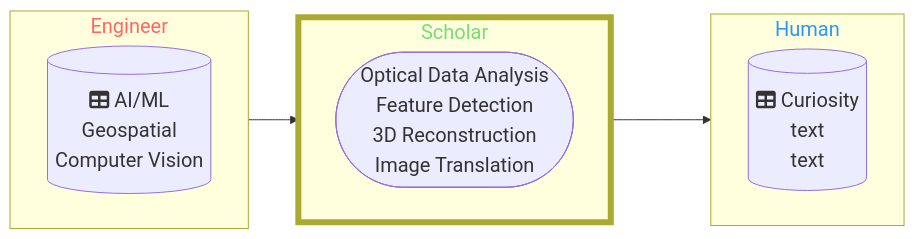
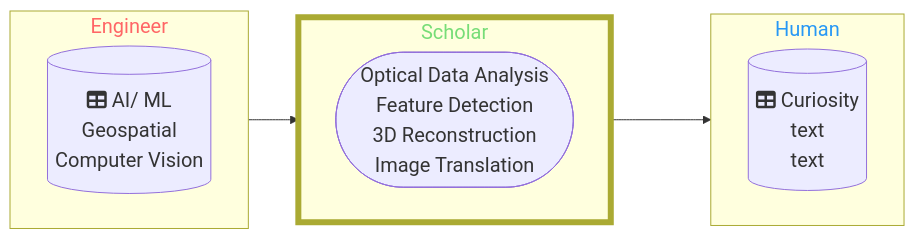
The first of 2 diagrams in README.md (DippoldEJ/DippoldEJ), drawn with Mermaid before and after one commit.

````diff
--- a/README.md
+++ b/README.md
@@ -3,33 +3,33 @@
 ```mermaid
 flowchart LR;
 %%{init: {
 	'themeVariables': { 'fontSize': '20px', 'fontFamily': 'Didot'}
 	}
 }%%
 
 subgraph n[Engineer]
 direction LR;
-        b[(fa:fa-table AI/ML <br> Geospatial <br> Computer Vision)]
+        b[(fa:fa-table AI/ ML <br> Geospatial <br> Computer Vision)]
     end
 
 subgraph o[Scholar]
 direction LR;
         j([Optical Data Analysis <br> Feature Detection <br> 3D Reconstruction <br> Image Translation])
 
     end
 
  subgraph p[Human]
   direction LR;
     a[(fa:fa-table Curiosity <br> text <br> text)]
     end
 
 style n color:#f66
 style o stroke-width:6px
 style o color:#77DD77
 style p color:#2798F5
 
 
 n-->o
 o-->p
 
 ```
````
